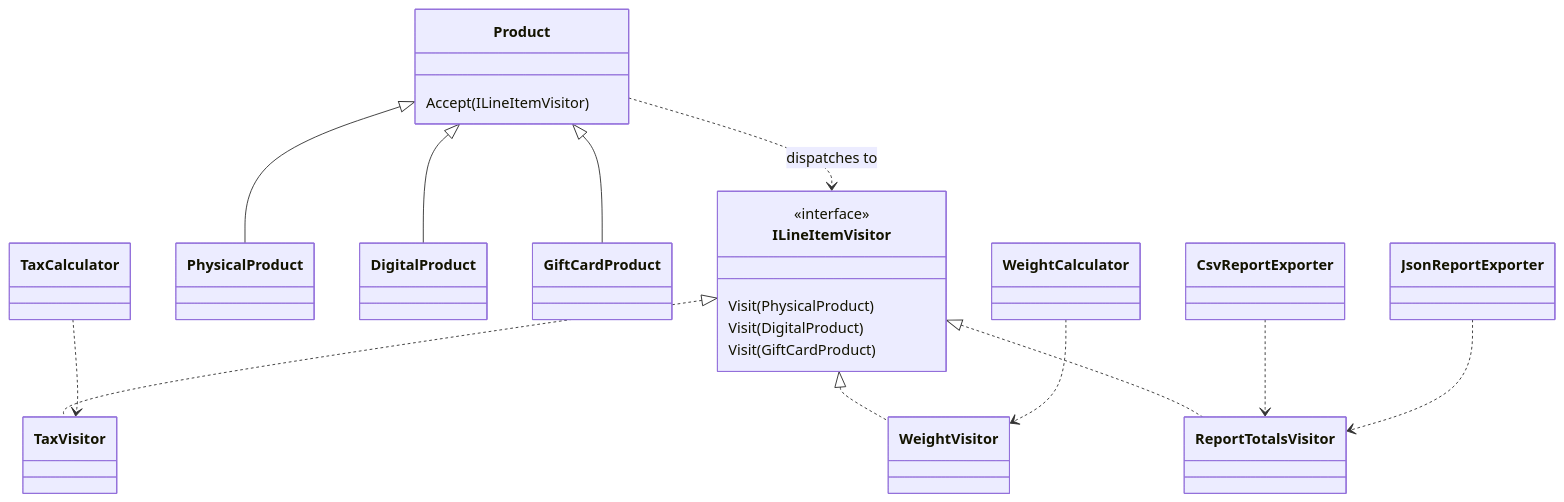
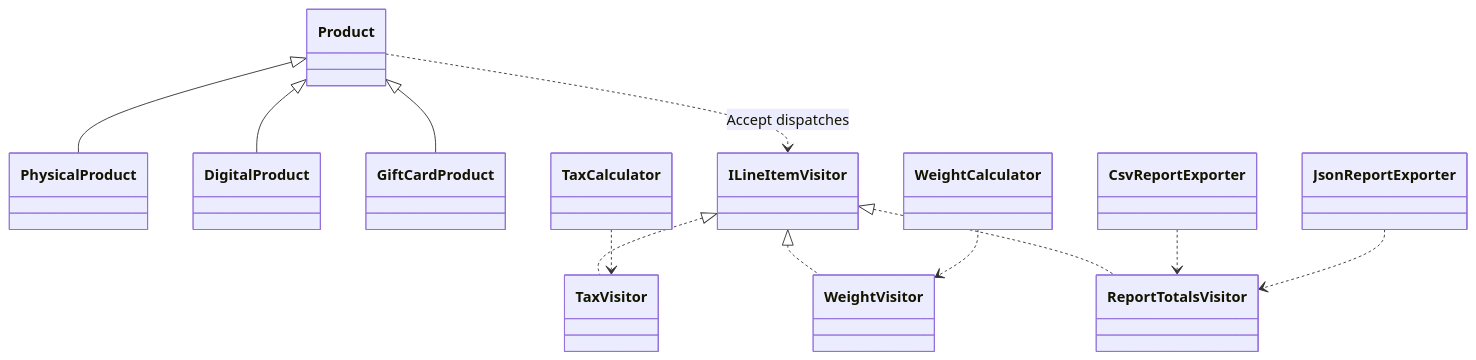
Before and after one commit to vaughnellis/gang-of-four-in-action: the first of 2 diagrams in patterns/behavioral/visitor/README.md, drawn with Mermaid. The commit also changed other lines of this file and 34 other files, not shown here.

````diff
--- a/patterns/behavioral/visitor/README.md
+++ b/patterns/behavioral/visitor/README.md
@@ -15,23 +58,14 @@
 ```mermaid
 classDiagram
-    class ILineItemVisitor {
-        <<interface>>
-        Visit(PhysicalProduct)
-        Visit(DigitalProduct)
-        Visit(GiftCardProduct)
-    }
-    class Product {
-        Accept(ILineItemVisitor)
-    }
     Product <|-- PhysicalProduct
     Product <|-- DigitalProduct
     Product <|-- GiftCardProduct
-    Product ..> ILineItemVisitor : dispatches to
+    Product ..> ILineItemVisitor : Accept dispatches
     ILineItemVisitor <|.. TaxVisitor
     ILineItemVisitor <|.. WeightVisitor
     ILineItemVisitor <|.. ReportTotalsVisitor
     TaxCalculator ..> TaxVisitor
     WeightCalculator ..> WeightVisitor
     CsvReportExporter ..> ReportTotalsVisitor
     JsonReportExporter ..> ReportTotalsVisitor
 ```
````
